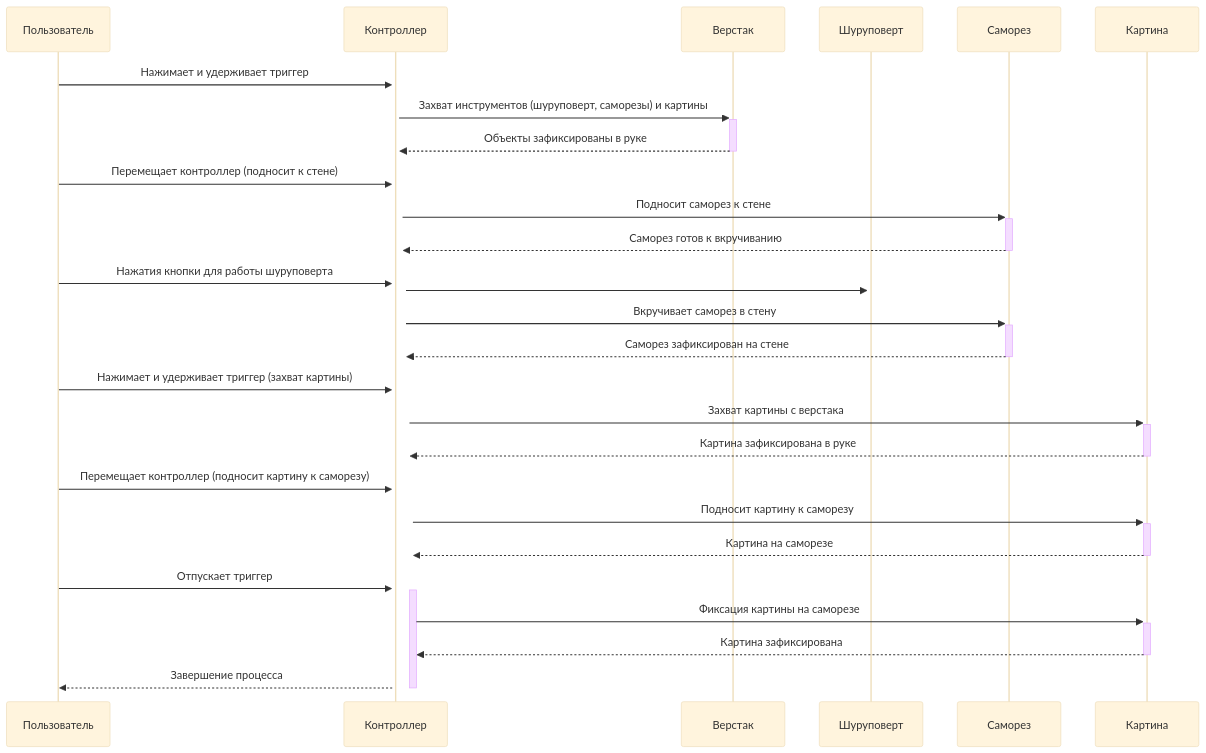
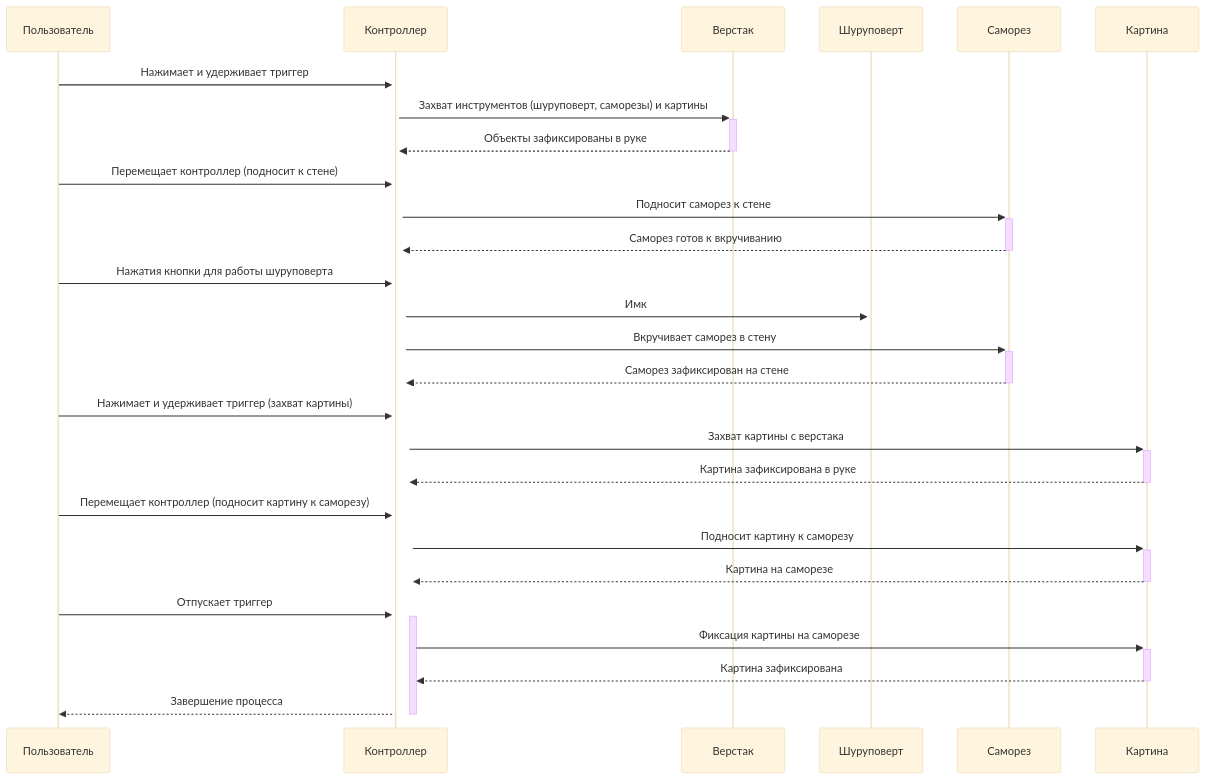
Before and after one commit to NerdyCep/iodraw-files: the diagram in all/не называться-1.md, drawn with Mermaid (base theme).

Commit message:
2025-02-25 18:26:38 update

````diff
--- a/all/не называться-1.md
+++ b/all/не называться-1.md
@@ -1,31 +1,31 @@
 ```mermaid
 sequenceDiagram
     participant Пользователь
     participant Контроллер
     participant Верстак
     participant Шуруповерт
     participant Саморез
     participant Картина
     
 
     Пользователь->>+Контроллер: Нажимает и удерживает триггер
     Контроллер->>+Верстак: Захват инструментов (шуруповерт, саморезы) и картины
     Верстак-->>-Контроллер: Объекты зафиксированы в руке
     Пользователь->>+Контроллер: Перемещает контроллер (подносит к стене)
     Контроллер->>+Саморез: Подносит саморез к стене
     Саморез-->>-Контроллер: Саморез готов к вкручиванию
     Пользователь->>+Контроллер: Нажатия кнопки для работы шуруповерта
-    Контроллер->>+Шуруповерт:
+    Контроллер->>+Шуруповерт: Имк
     Контроллер->>+Саморез: Вкручивает саморез в стену
     Саморез-->>-Контроллер: Саморез зафиксирован на стене
     Пользователь->>+Контроллер: Нажимает и удерживает триггер (захват картины)
     Контроллер->>+Картина: Захват картины с верстака
     Картина-->>-Контроллер: Картина зафиксирована в руке
     Пользователь->>+Контроллер: Перемещает контроллер (подносит картину к саморезу)
     Контроллер->>+Картина: Подносит картину к саморезу
     Картина-->>-Контроллер: Картина на саморезе
     Пользователь->>+Контроллер: Отпускает триггер
     Контроллер->>+Картина: Фиксация картины на саморезе
     Картина-->>-Контроллер: Картина зафиксирована
     Контроллер-->>-Пользователь: Завершение процесса
 ```
````
